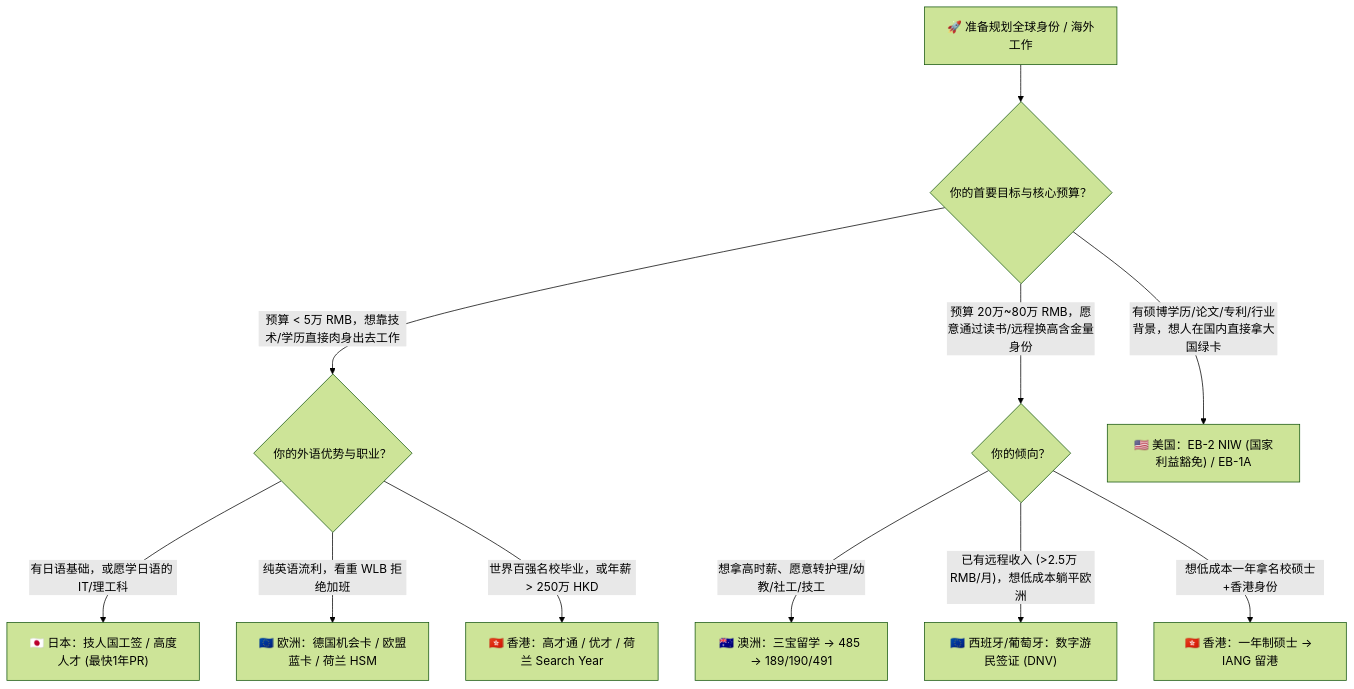
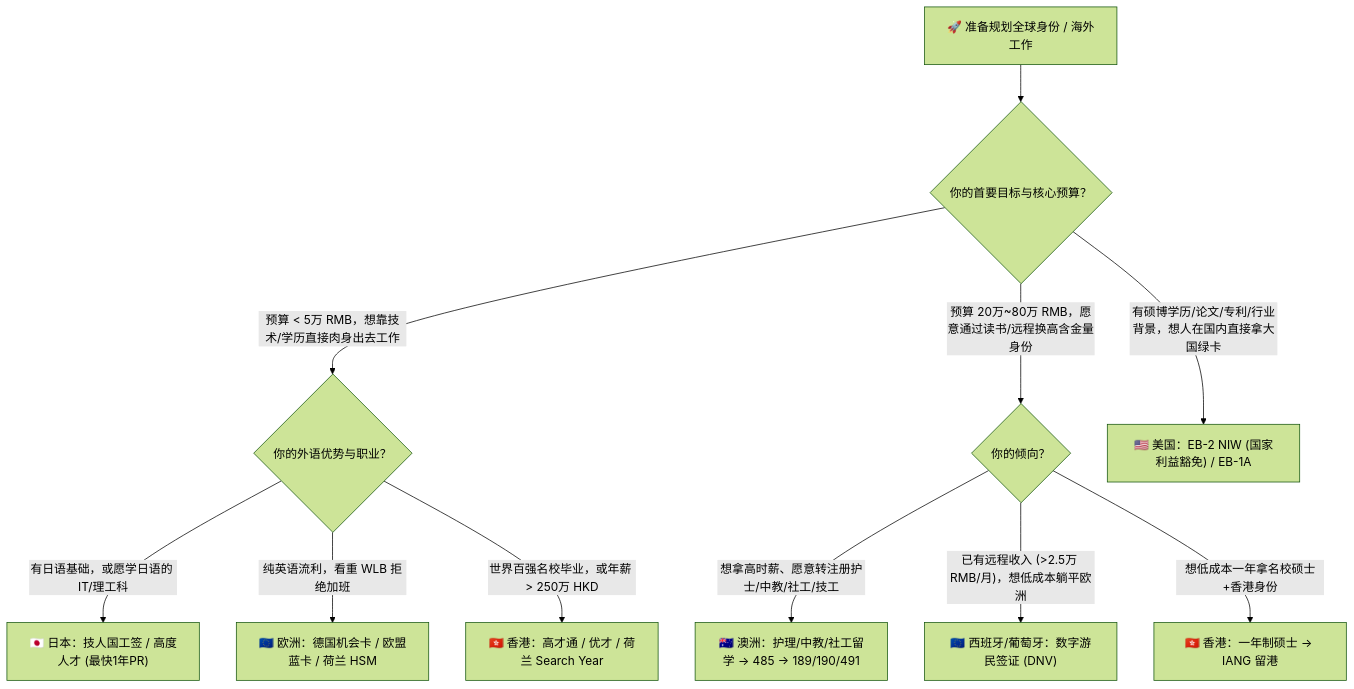
One commit to Flowers2Algernon/Get_PR changed the diagram in README.md. Above: the diagram before and after it, drawn with Mermaid (forest theme). The commit also changed other lines of this file and 1 other file, not shown here.

Commit message:
docs(au): warn against Early Childhood Teacher (ECT) oversupply (85+ pts uninvited) and highlight RN/Secondary Teacher

````diff
--- a/README.md
+++ b/README.md
@@ -61,16 +61,16 @@
 ```mermaid
 flowchart TD
     Start["🚀 准备规划全球身份 / 海外工作"] --> Q1{"你的首要目标与核心预算？"}
     
     Q1 -->|"预算 < 5万 RMB，想靠技术/学历直接肉身出去工作"| DirectWork{"你的外语优势与职业？"}
     DirectWork -->|"有日语基础，或愿学日语的 IT/理工科"| JP["🇯🇵 日本：技人国工签 / 高度人才 (最快1年PR)"]
     DirectWork -->|"纯英语流利，看重 WLB 拒绝加班"| EU["🇪🇺 欧洲：德国机会卡 / 欧盟蓝卡 / 荷兰 HSM"]
     DirectWork -->|"世界百强名校毕业，或年薪 > 250万 HKD"| HK["🇭🇰 香港：高才通 / 优才 / 荷兰 Search Year"]
 
     Q1 -->|"预算 20万~80万 RMB，愿意通过读书/远程换高含金量身份"| StudyOrDN{"你的倾向？"}
-    StudyOrDN -->|"想拿高时薪、愿意转护理/幼教/社工/技工"| AU["🇦🇺 澳洲：三宝留学 -> 485 -> 189/190/491"]
+    StudyOrDN -->|"想拿高时薪、愿意转注册护士/中教/社工/技工"| AU["🇦🇺 澳洲：护理/中教/社工留学 -> 485 -> 189/190/491"]
     StudyOrDN -->|"已有远程收入 (>2.5万 RMB/月)，想低成本躺平欧洲"| EUDN["🇪🇺 西班牙/葡萄牙：数字游民签证 (DNV)"]
     StudyOrDN -->|"想低成本一年拿名校硕士+香港身份"| HKIANG["🇭🇰 香港：一年制硕士 -> IANG 留港"]
 
     Q1 -->|"有硕博学历/论文/专利/行业背景，想人在国内直接拿大国绿卡"| USGreenCard["🇺🇸 美国：EB-2 NIW (国家利益豁免) / EB-1A"]
 ```
````
